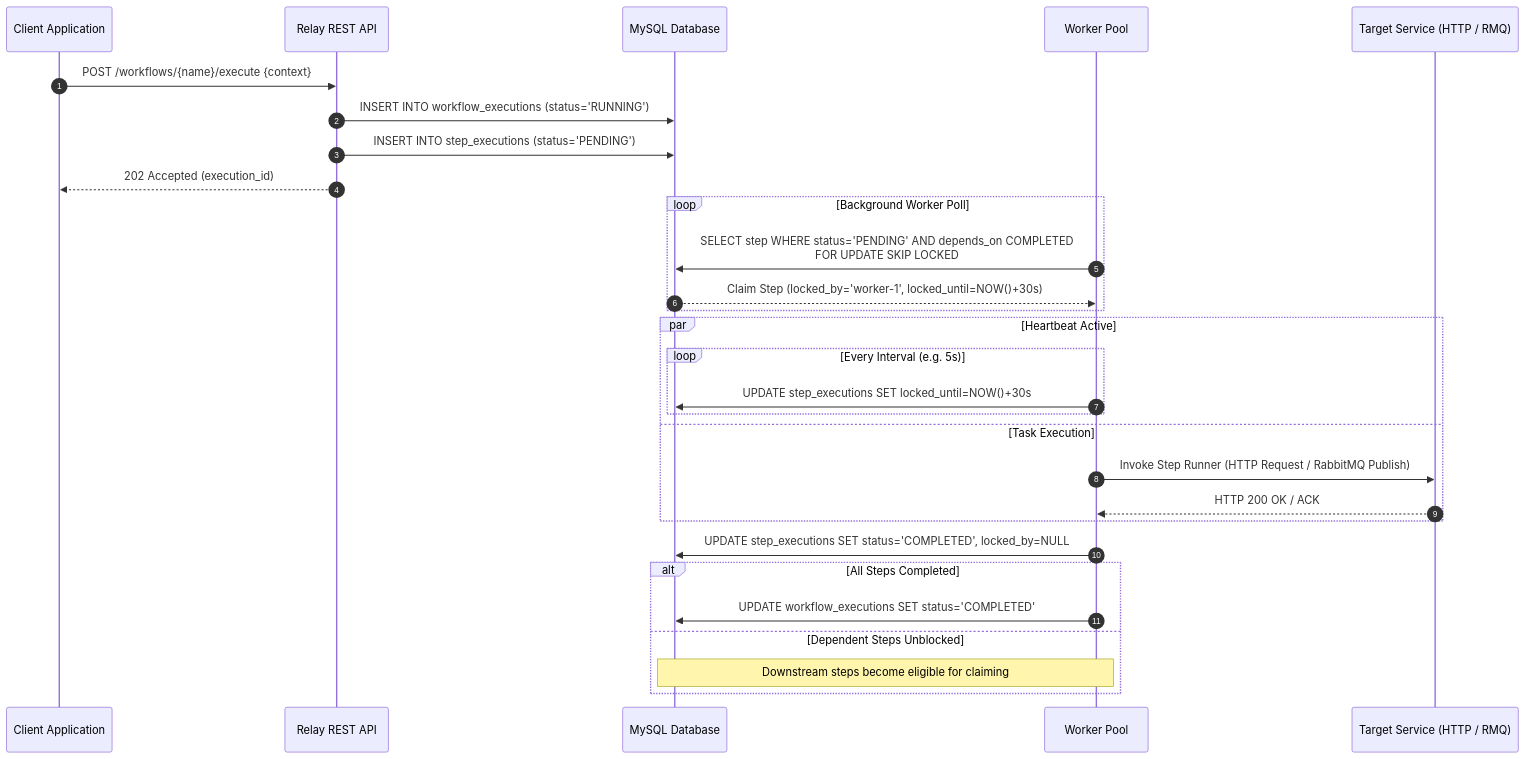
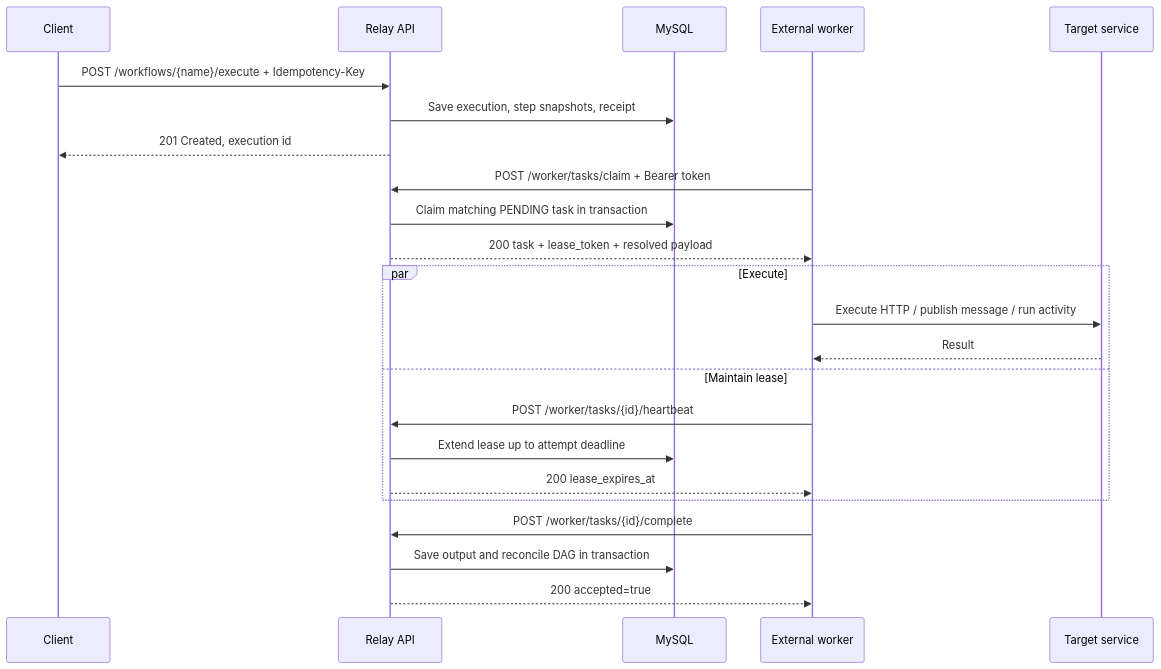
One commit to vhysxl/relay changed the second of 3 diagrams in README.md. Above: the diagram before and after it, drawn with Mermaid. The commit also changed other lines of this file and 5 other files, not shown here.

````diff
--- a/README.md
+++ b/README.md
@@ -744,36 +717,25 @@
 ```mermaid
 sequenceDiagram
-    autonumber
-    participant Client as Client Application
-    participant API as Relay REST API
-    participant DB as MySQL Database
-    participant Worker as Worker Pool
-    participant Ext as Target Service (HTTP / RMQ)
-
-    Client->>API: POST /workflows/{name}/execute {context}
-    API->>DB: INSERT INTO workflow_executions (status='RUNNING')
-    API->>DB: INSERT INTO step_executions (status='PENDING')
-    API-->>Client: 202 Accepted (execution_id)
-
-    loop Background Worker Poll
-        Worker->>DB: SELECT step WHERE status='PENDING' AND depends_on COMPLETED<br/>FOR UPDATE SKIP LOCKED
-        DB-->>Worker: Claim Step (locked_by='worker-1', locked_until=NOW()+30s)
+    participant Client
+    participant API as Relay API
+    participant DB as MySQL
+    participant Worker as External worker
+    participant Target as Target service
+    Client->>API: POST /workflows/{name}/execute + Idempotency-Key
+    API->>DB: Save execution, step snapshots, receipt
+    API-->>Client: 201 Created, execution id
+    Worker->>API: POST /worker/tasks/claim + Bearer token
+    API->>DB: Claim matching PENDING task in transaction
+    API-->>Worker: 200 task + lease_token + resolved payload
+    par Execute
+        Worker->>Target: Execute HTTP / publish message / run activity
+        Target-->>Worker: Result
+    and Maintain lease
+        Worker->>API: POST /worker/tasks/{id}/heartbeat
+        API->>DB: Extend lease up to attempt deadline
+        API-->>Worker: 200 lease_expires_at
     end
-
-    par Heartbeat Active
-        loop Every Interval (e.g. 5s)
-            Worker->>DB: UPDATE step_executions SET locked_until=NOW()+30s
-        end
-    and Task Execution
-        Worker->>Ext: Invoke Step Runner (HTTP Request / RabbitMQ Publish)
-        Ext-->>Worker: HTTP 200 OK / ACK
-    end
-
-    Worker->>DB: UPDATE step_executions SET status='COMPLETED', locked_by=NULL
-    
-    alt All Steps Completed
-        Worker->>DB: UPDATE workflow_executions SET status='COMPLETED'
-    else Dependent Steps Unblocked
-        Note over Worker,DB: Downstream steps become eligible for claiming
-    end
+    Worker->>API: POST /worker/tasks/{id}/complete
+    API->>DB: Save output and reconcile DAG in transaction
+    API-->>Worker: 200 accepted=true
 ```
````
